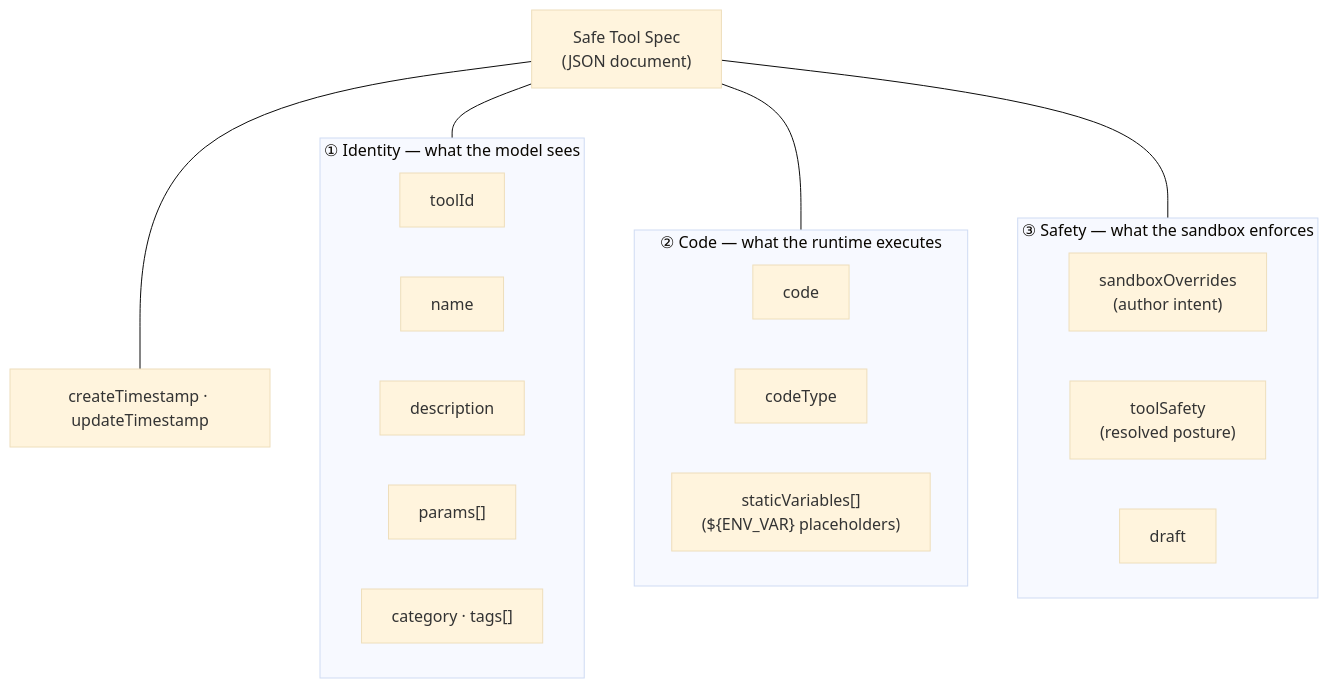
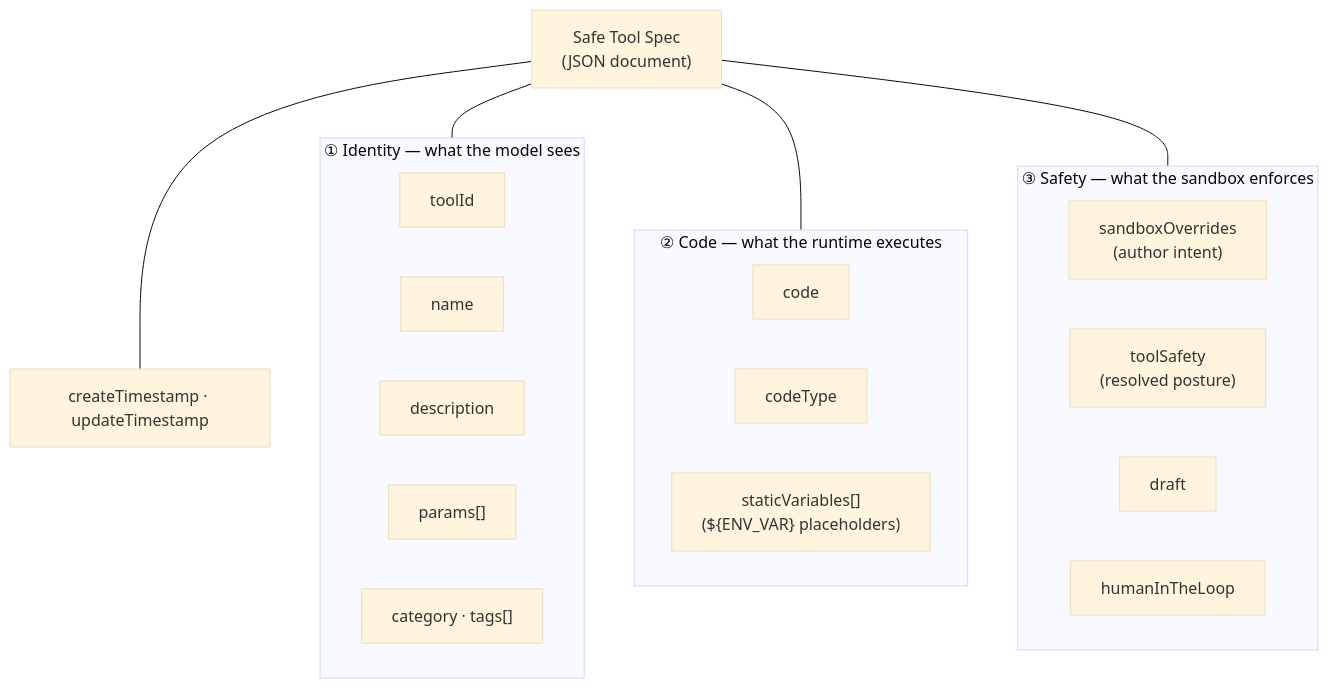
One commit to spring-ai-community/spring-ai-playground changed the third of 5 diagrams in docs/safe-tool-specification.md. Above: the diagram before and after it, drawn with Mermaid (base theme). The commit also changed other lines of this file and 55 other files, not shown here.

Commit message:
docs: add human-in-the-loop pages, refresh architecture and catalog docs, document setup-time preset and exposure drawer

````diff
--- a/docs/safe-tool-specification.md
+++ b/docs/safe-tool-specification.md
@@ -115,34 +126,35 @@
 ```mermaid
 flowchart TB
     SPEC["Safe Tool Spec<br/>(JSON document)"]
 
     subgraph IDENTITY["① Identity — what the model sees"]
         direction LR
         I1["toolId"]
         I2["name"]
         I3["description"]
         I4["params[]"]
         I5["category · tags[]"]
     end
 
     subgraph CODE["② Code — what the runtime executes"]
         direction LR
         C1["code"]
         C2["codeType"]
         C3["staticVariables[]<br/>(${ENV_VAR} placeholders)"]
     end
 
     subgraph SAFETY["③ Safety — what the sandbox enforces"]
         direction LR
         S1["sandboxOverrides<br/>(author intent)"]
         S2["toolSafety<br/>(resolved posture)"]
         S3["draft"]
+        S4["humanInTheLoop"]
     end
 
     BK["createTimestamp · updateTimestamp"]
 
     SPEC --- IDENTITY
     SPEC --- CODE
     SPEC --- SAFETY
     SPEC --- BK
 ```
````
